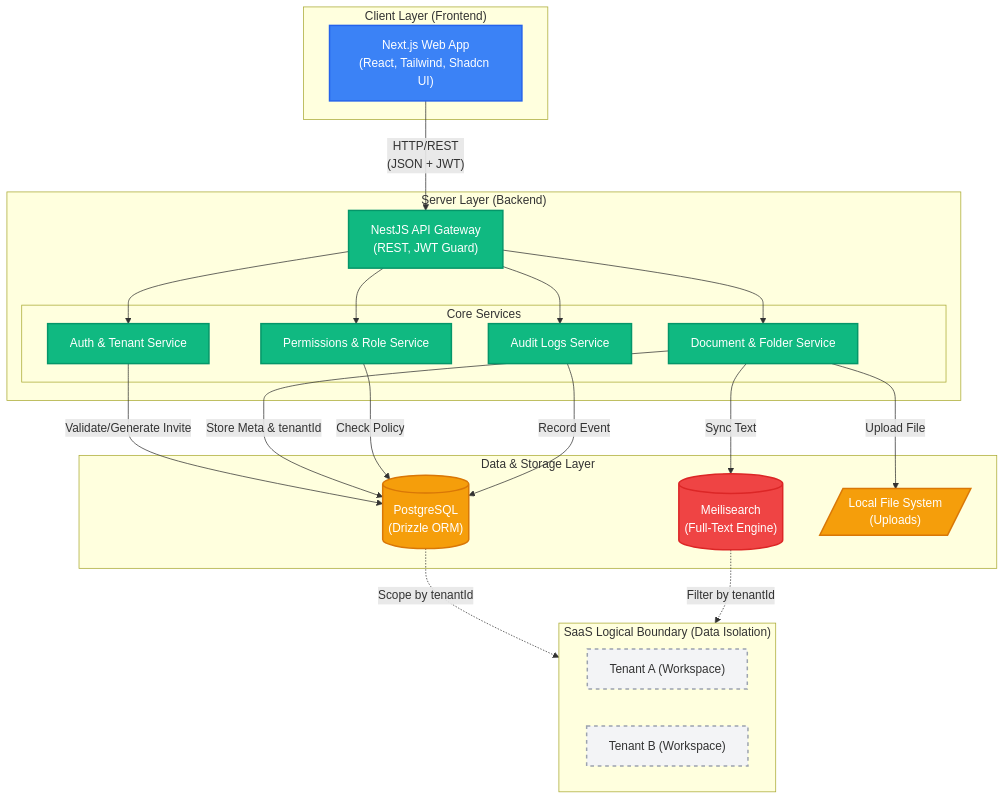
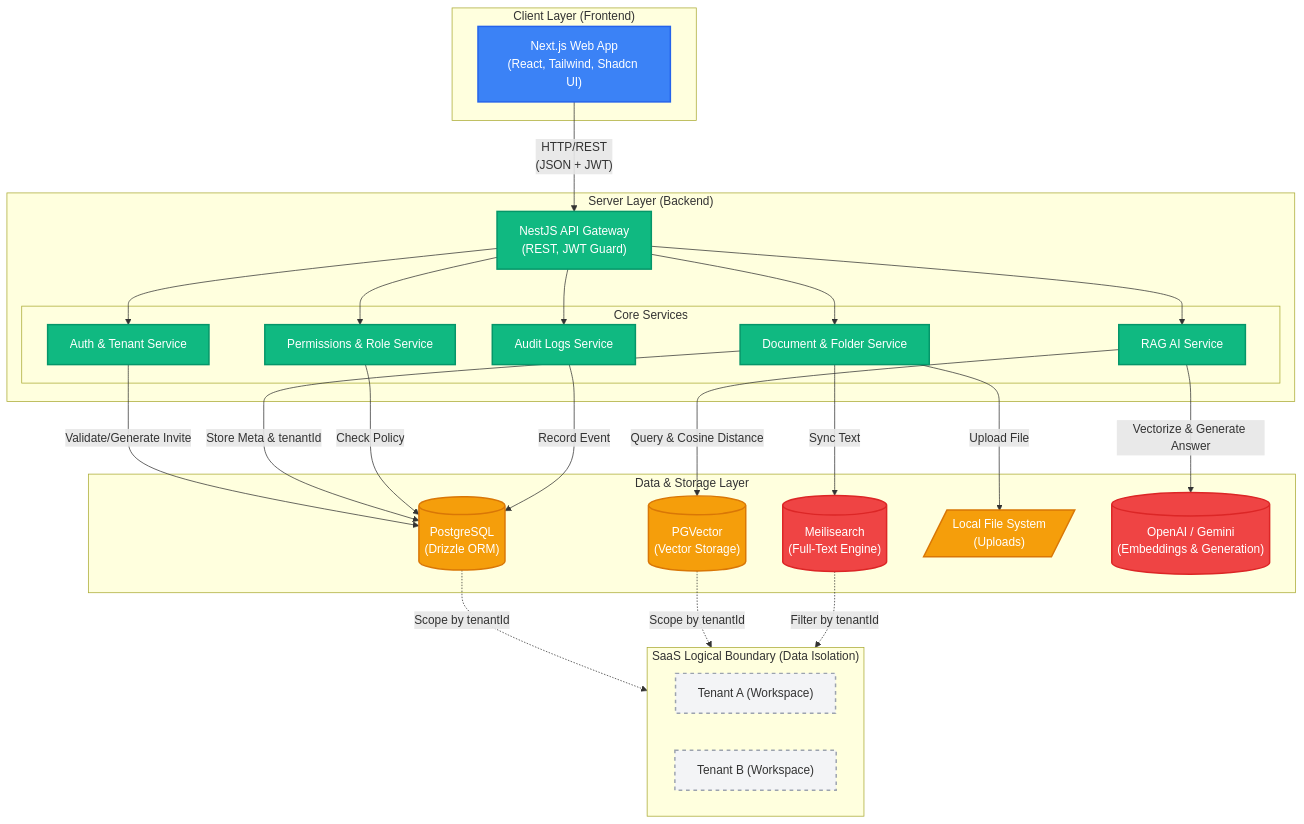
Before and after one commit to cminh0929/SmartDoc-Insight: the diagram in docs/chapter2.md, drawn with Mermaid. The commit also changed other lines of this file and 9 other files, not shown here.

````diff
--- a/docs/chapter2.md
+++ b/docs/chapter2.md
@@ -11,58 +15,67 @@
 ```mermaid
 graph TD
     %% Define Styles
     classDef client fill:#3b82f6,stroke:#2563eb,stroke-width:2px,color:#fff
     classDef server fill:#10b981,stroke:#059669,stroke-width:2px,color:#fff
     classDef db fill:#f59e0b,stroke:#d97706,stroke-width:2px,color:#fff
     classDef search fill:#ef4444,stroke:#dc2626,stroke-width:2px,color:#fff
     classDef tenant fill:#f3f4f6,stroke:#9ca3af,stroke-width:2px,stroke-dasharray: 5 5
 
     %% Client Layer
     subgraph ClientLayer ["Client Layer (Frontend)"]
         UI["Next.js Web App\n(React, Tailwind, Shadcn UI)"]:::client
     end
 
     %% Backend Layer
     subgraph ServerLayer ["Server Layer (Backend)"]
         API["NestJS API Gateway\n(REST, JWT Guard)"]:::server
-        
+
         subgraph Services ["Core Services"]
             Auth["Auth & Tenant Service"]:::server
             Doc["Document & Folder Service"]:::server
             RBAC["Permissions & Role Service"]:::server
             Logs["Audit Logs Service"]:::server
+            RAG["RAG AI Service"]:::server
         end
-        
+
         API --> Auth
         API --> Doc
         API --> RBAC
         API --> Logs
+        API --> RAG
     end
 
     %% Storage Layer
     subgraph StorageLayer ["Data & Storage Layer"]
         DB[("PostgreSQL\n(Drizzle ORM)")]:::db
+        Vector[("PGVector\n(Vector Storage)")]:::db
         Search[("Meilisearch\n(Full-Text Engine)")]:::search
         FS[/"Local File System\n(Uploads)"/]:::db
+        LLM[("OpenAI / Gemini\n(Embeddings & Generation)")]:::search
     end
 
     %% Multi-Tenant Logical Boundary
     subgraph SaaS ["SaaS Logical Boundary (Data Isolation)"]
         TenantA["Tenant A (Workspace)"]:::tenant
         TenantB["Tenant B (Workspace)"]:::tenant
     end
 
     %% Connections
     UI -- "HTTP/REST\n(JSON + JWT)" --> API
-    
+
     Auth -- "Validate/Generate Invite" --> DB
     Doc -- "Store Meta & tenantId" --> DB
     Doc -- "Upload File" --> FS
     Doc -- "Sync Text" --> Search
     RBAC -- "Check Policy" --> DB
     Logs -- "Record Event" --> DB
-    
+
+    %% RAG Connections
+    RAG -- "Query & Cosine Distance" --> Vector
+    RAG -- "Vectorize & Generate Answer" --> LLM
+
     %% Tenant Isolation Visual
     DB -. "Scope by tenantId" .-> SaaS
+    Vector -. "Scope by tenantId" .-> SaaS
     Search -. "Filter by tenantId" .-> SaaS
 ```
````
